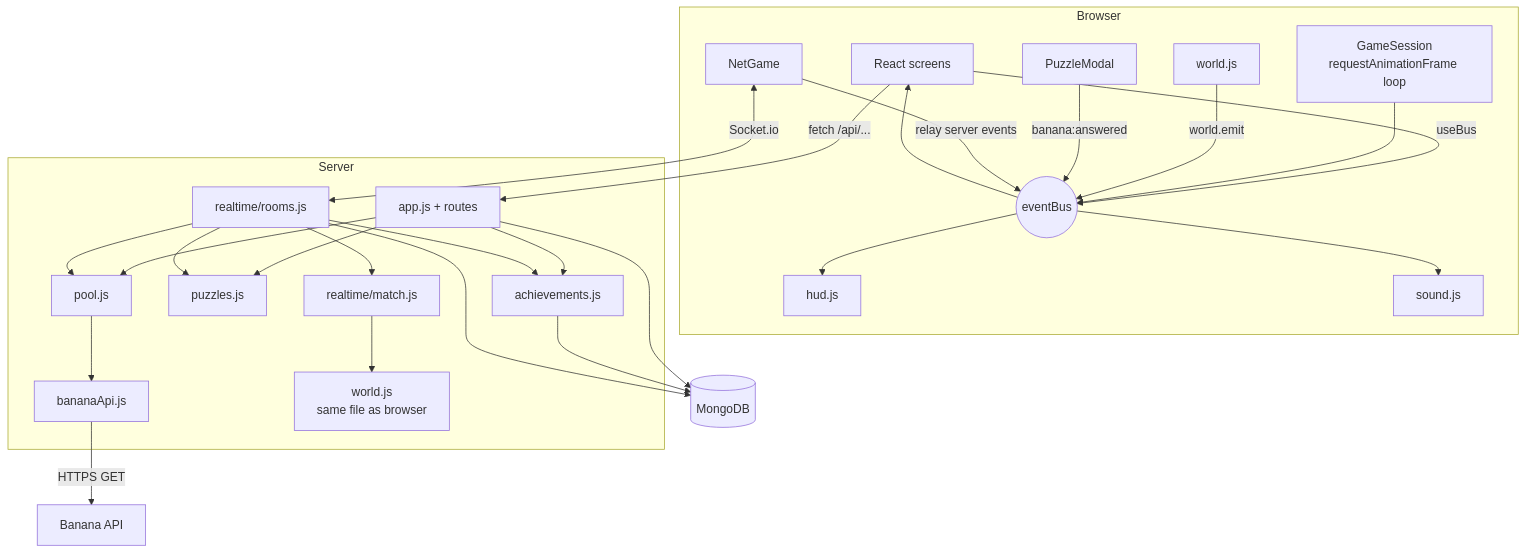
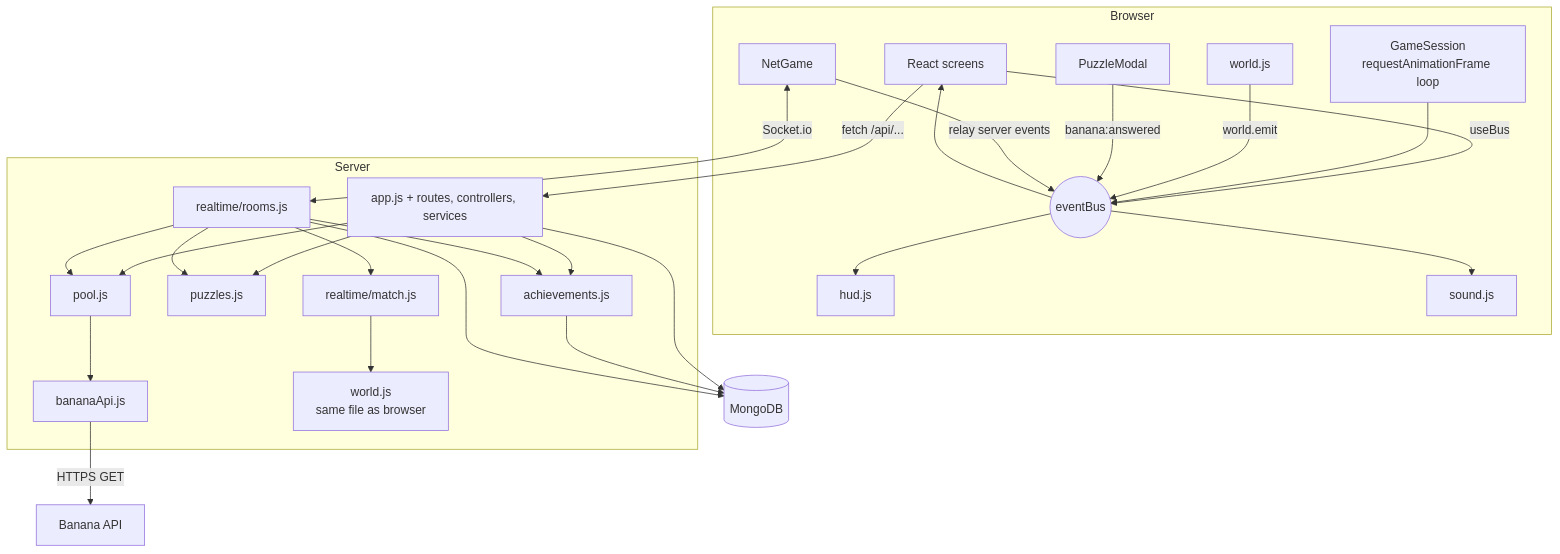
One commit to SayubShakya/banana-brigade changed the first of 4 diagrams in docs/architecture.md. Above: the diagram before and after it, drawn with Mermaid. The commit also changed other lines of this file and 2 other files, not shown here.

Commit message:
Update the API reference, login sequence and resilience notes to match the code

````diff
--- a/docs/architecture.md
+++ b/docs/architecture.md
@@ -45,22 +47,22 @@
 ```mermaid
 flowchart TB
   subgraph Browser
     UI[React screens] -->|useBus| BUS((eventBus))
     GS[GameSession<br/>requestAnimationFrame loop] --> BUS
     W1[world.js] -->|world.emit| BUS
     BUS --> HUD[hud.js] & SND[sound.js] & UI
     PM[PuzzleModal] -->|banana:answered| BUS
     NG[NetGame] -->|relay server events| BUS
   end
   subgraph Server
-    APP[app.js + routes] --> POOL[pool.js] --> BAPI[bananaApi.js]
+    APP[app.js + routes, controllers, services] --> POOL[pool.js] --> BAPI[bananaApi.js]
     APP --> STORE[puzzles.js]
     APP --> ACH[achievements.js]
     ROOMS[realtime/rooms.js] --> MATCH[realtime/match.js] --> W2[world.js<br/>same file as browser]
     ROOMS --> POOL & STORE & ACH
   end
   UI -->|fetch /api/...| APP
   NG <-->|Socket.io| ROOMS
   BAPI -->|HTTPS GET| EXT[Banana API]
   APP & ACH & ROOMS --> DB[(MongoDB)]
 ```
````
